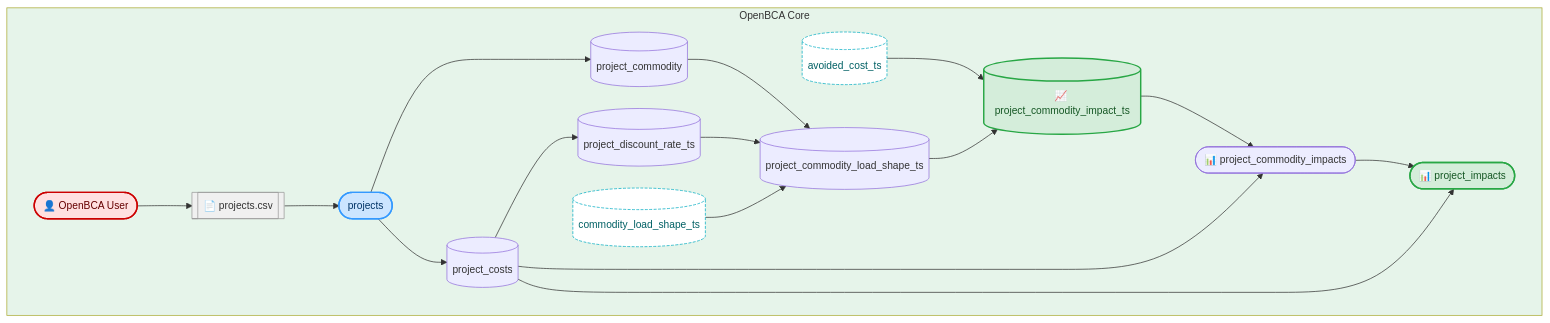
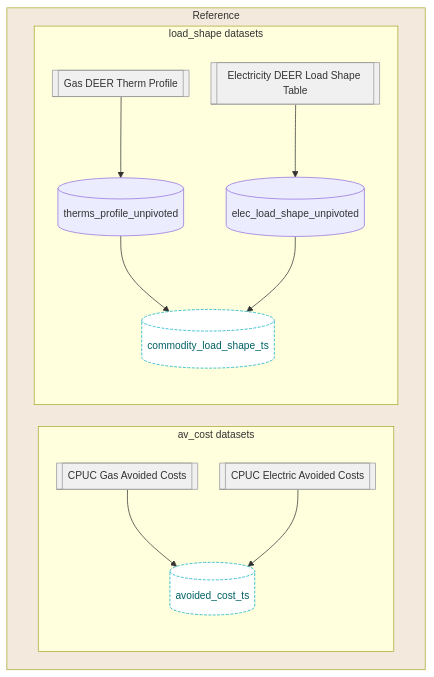
The second of 6 diagrams in README.md (openbca/openbca), drawn with Mermaid before and after one commit. The commit also changed other lines of this file and 41 other files, not shown here.

````diff
--- a/README.md
+++ b/README.md
@@ -66,47 +137,38 @@
 ```mermaid
 %%{ init: { "theme": "default", "themeVariables": { "fontSize": "14px" }, "flowchart": { "nodeSpacing": 30, "curve": "basis" } } }%%
 flowchart TD
 
-    %% === OpenBCA Subgraph ===
-    subgraph OpenBCA ["OpenBCA Core"]
-        style OpenBCA fill:#e6f4ea
+    %% === CALIFORNIA Subgraph ===
+    subgraph CALIFORNIA ["Reference"]
+        style CALIFORNIA fill:#F3E9DC
 
-        user(["👤 OpenBCA User"]):::user
-        project_csv[[📄 projects.csv]]:::fileref
-        projects(["projects"]):::input
+        subgraph CALI_VS ["av_cost datasets"]
+            cal_gas_av_costs[["CPUC Gas Avoided Costs"]]:::fileref
+            cal_elec_av_costs[["CPUC Electric Avoided Costs"]]:::fileref
+            cal_avoided_cost_ts[(avoided_cost_ts)]:::interface
 
-        project_costs[(project_costs)]:::intermediate
-        project_discount_rate_ts[(project_discount_rate_ts)]:::intermediate
-        project_commodity[(project_commodity)]:::intermediate
-        project_commodity_load_shape_ts[(project_commodity_load_shape_ts)]:::intermediate
-        project_commodity_impact_ts[(📈 project_commodity_impact_ts)]:::output
-        project_commodity_impacts(["📊 project_commodity_impacts"]):::intermediate
-        project_impacts(["📊 project_impacts"]):::output
-        
-        avoided_cost_ts[(avoided_cost_ts)]:::interface
-        commodity_load_shape_ts[(commodity_load_shape_ts)]:::interface
+            cal_gas_av_costs --> cal_avoided_cost_ts
+            cal_elec_av_costs --> cal_avoided_cost_ts
+        end
 
-        user --> project_csv --> projects
-        projects --> project_costs
-        project_costs --> project_discount_rate_ts
-        projects --> project_commodity
-        project_commodity --> project_commodity_load_shape_ts
-        project_discount_rate_ts --> project_commodity_load_shape_ts
-        commodity_load_shape_ts --> project_commodity_load_shape_ts
-        avoided_cost_ts --> project_commodity_impact_ts
-        project_commodity_load_shape_ts --> project_commodity_impact_ts
-        project_commodity_impact_ts --> project_commodity_impacts
-        project_costs --> project_commodity_impacts
-        project_commodity_impacts --> project_impacts
-        project_costs --> project_impacts
+        subgraph CALI_LS ["load_shape datasets"]
+            cal_therms_profile[[Gas DEER Therm Profile]]:::fileref
+            cal_therms_profile_unpivoted[(therms_profile_unpivoted)]:::intermediate
+            cal_elec_load_shape_unpivoted[(elec_load_shape_unpivoted)]:::intermediate
+            cal_hourly_electric_load[[Electricity DEER Load Shape Table]]:::fileref
+            cal_commodity_load_shape_ts[(commodity_load_shape_ts)]:::interface
+
+            cal_therms_profile --> cal_therms_profile_unpivoted --> cal_commodity_load_shape_ts
+            cal_hourly_electric_load --> cal_elec_load_shape_unpivoted --> cal_commodity_load_shape_ts
+        end
     end
 
     %% === CLASS DEFINITIONS ===
     classDef input fill:#cce5ff,stroke:#3399ff,color:#003366,stroke-width:2px;
     %%classDef intermediate 
     classDef output fill:#d4edda,stroke:#28a745,color:#155724,stroke-width:2px;
     classDef interface fill:#ffffff,stroke:#00acc1,color:#006064,stroke-dasharray: 4 2;
     classDef fileref fill:#f0f0f0,stroke:#999999,color:#333,stroke-width:1px;
     classDef user fill:#ffe0e0,stroke:#cc0000,color:#660000,stroke-width:2px;
 
 ```
````
